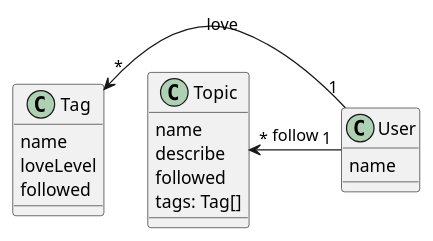
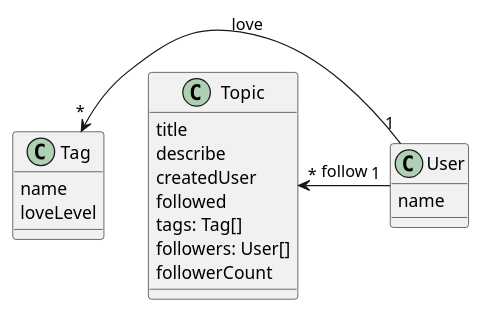
Before and after one commit to ryota0624/react-native-sample: the diagram in docs/syncle.puml, drawn with PlantUML. The commit also changed 20 other files, not shown here.

```diff
--- a/docs/syncle.puml
+++ b/docs/syncle.puml
@@ -1,24 +1,26 @@
 @startuml
 
 class Tag {
     name
     loveLevel
-    followed
 }
 
 class Topic {
-    name
+    title
     describe
+    createdUser
     followed
     tags: Tag[]
+    followers: User[]
+    followerCount
 }
 
 class User {
     name
 }
 
 Tag "*" <- "1" User : love
 
 Topic "*" <- "1" User : follow
 
 @enduml
```
